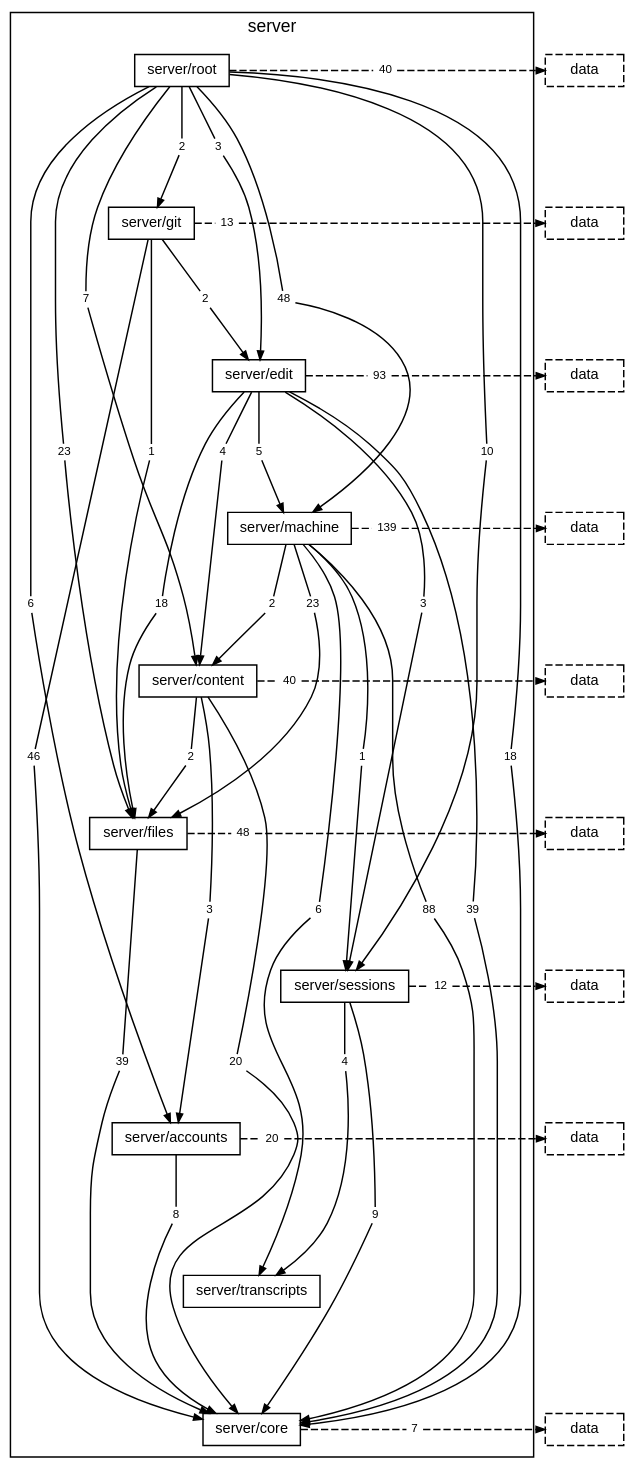
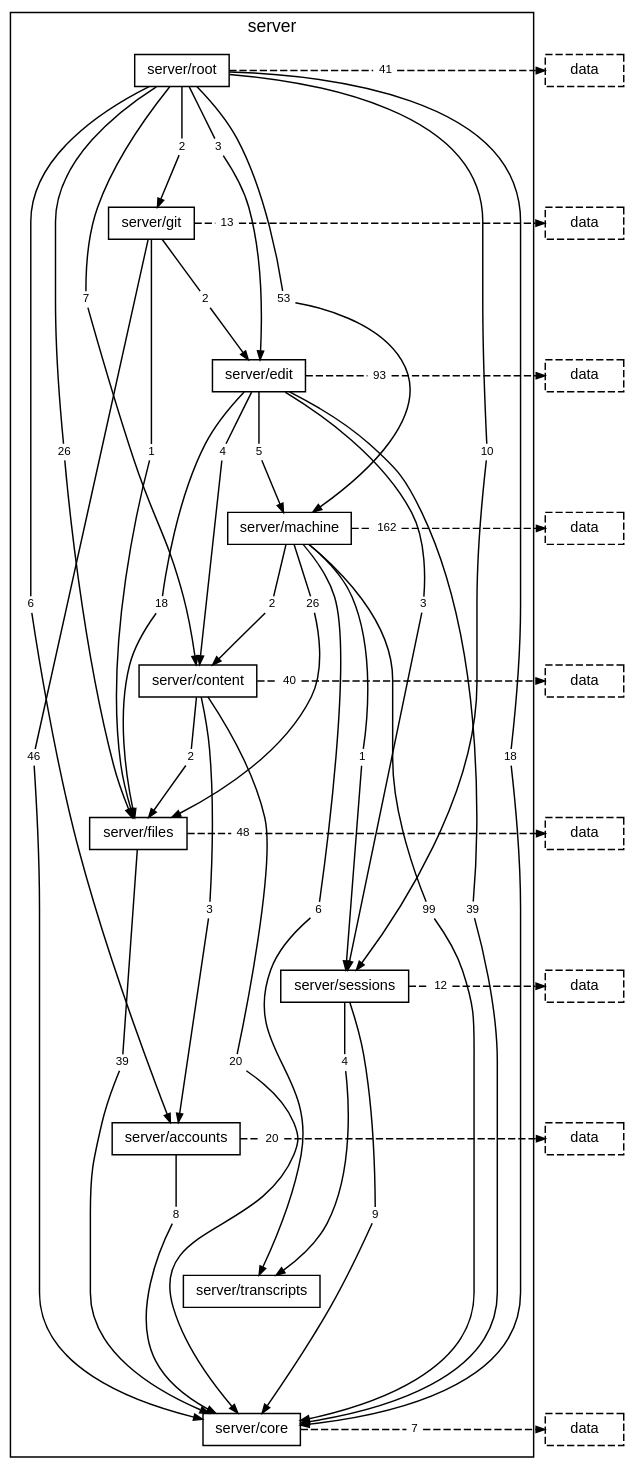
Before and after one commit to TheAxeC/oculus: the diagram in docs/diagrams/layer-server.dot, drawn with Graphviz. The commit also changed 390 other files, not shown here.

```diff
--- a/docs/diagrams/layer-server.dot
+++ b/docs/diagrams/layer-server.dot
@@ -18,11 +18,11 @@
         "folder server/root to folder server/content" [label="7", shape=box, color="transparent", fontsize=8, width=0, height=0, margin="0.04,0.02"];
         "folder server/root to folder server/core" [label="18", shape=box, color="transparent", fontsize=8, width=0, height=0, margin="0.04,0.02"];
         "folder server/root to folder server/edit" [label="3", shape=box, color="transparent", fontsize=8, width=0, height=0, margin="0.04,0.02"];
-        "folder server/root to folder server/files" [label="23", shape=box, color="transparent", fontsize=8, width=0, height=0, margin="0.04,0.02"];
+        "folder server/root to folder server/files" [label="26", shape=box, color="transparent", fontsize=8, width=0, height=0, margin="0.04,0.02"];
         "folder server/root to folder server/git" [label="2", shape=box, color="transparent", fontsize=8, width=0, height=0, margin="0.04,0.02"];
-        "folder server/root to folder server/machine" [label="48", shape=box, color="transparent", fontsize=8, width=0, height=0, margin="0.04,0.02"];
+        "folder server/root to folder server/machine" [label="53", shape=box, color="transparent", fontsize=8, width=0, height=0, margin="0.04,0.02"];
         "folder server/root to folder server/sessions" [label="10", shape=box, color="transparent", fontsize=8, width=0, height=0, margin="0.04,0.02"];
-        "folder server/root to layer data" [label="40", shape=box, color="transparent", fontsize=8, width=0, height=0, margin="0.04,0.02"];
+        "folder server/root to layer data" [label="41", shape=box, color="transparent", fontsize=8, width=0, height=0, margin="0.04,0.02"];
         "folder server/git to folder server/core" [label="46", shape=box, color="transparent", fontsize=8, width=0, height=0, margin="0.04,0.02"];
         "folder server/git to folder server/edit" [label="2", shape=box, color="transparent", fontsize=8, width=0, height=0, margin="0.04,0.02"];
         "folder server/git to folder server/files" [label="1", shape=box, color="transparent", fontsize=8, width=0, height=0, margin="0.04,0.02"];
@@ -34,11 +34,11 @@
         "folder server/edit to folder server/sessions" [label="3", shape=box, color="transparent", fontsize=8, width=0, height=0, margin="0.04,0.02"];
         "folder server/edit to layer data" [label="93", shape=box, color="transparent", fontsize=8, width=0, height=0, margin="0.04,0.02"];
         "folder server/machine to folder server/content" [label="2", shape=box, color="transparent", fontsize=8, width=0, height=0, margin="0.04,0.02"];
-        "folder server/machine to folder server/core" [label="88", shape=box, color="transparent", fontsize=8, width=0, height=0, margin="0.04,0.02"];
-        "folder server/machine to folder server/files" [label="23", shape=box, color="transparent", fontsize=8, width=0, height=0, margin="0.04,0.02"];
+        "folder server/machine to folder server/core" [label="99", shape=box, color="transparent", fontsize=8, width=0, height=0, margin="0.04,0.02"];
+        "folder server/machine to folder server/files" [label="26", shape=box, color="transparent", fontsize=8, width=0, height=0, margin="0.04,0.02"];
         "folder server/machine to folder server/sessions" [label="1", shape=box, color="transparent", fontsize=8, width=0, height=0, margin="0.04,0.02"];
         "folder server/machine to folder server/transcripts" [label="6", shape=box, color="transparent", fontsize=8, width=0, height=0, margin="0.04,0.02"];
-        "folder server/machine to layer data" [label="139", shape=box, color="transparent", fontsize=8, width=0, height=0, margin="0.04,0.02"];
+        "folder server/machine to layer data" [label="162", shape=box, color="transparent", fontsize=8, width=0, height=0, margin="0.04,0.02"];
         "folder server/content to folder server/accounts" [label="3", shape=box, color="transparent", fontsize=8, width=0, height=0, margin="0.04,0.02"];
         "folder server/content to folder server/core" [label="20", shape=box, color="transparent", fontsize=8, width=0, height=0, margin="0.04,0.02"];
         "folder server/content to folder server/files" [label="2", shape=box, color="transparent", fontsize=8, width=0, height=0, margin="0.04,0.02"];
```
